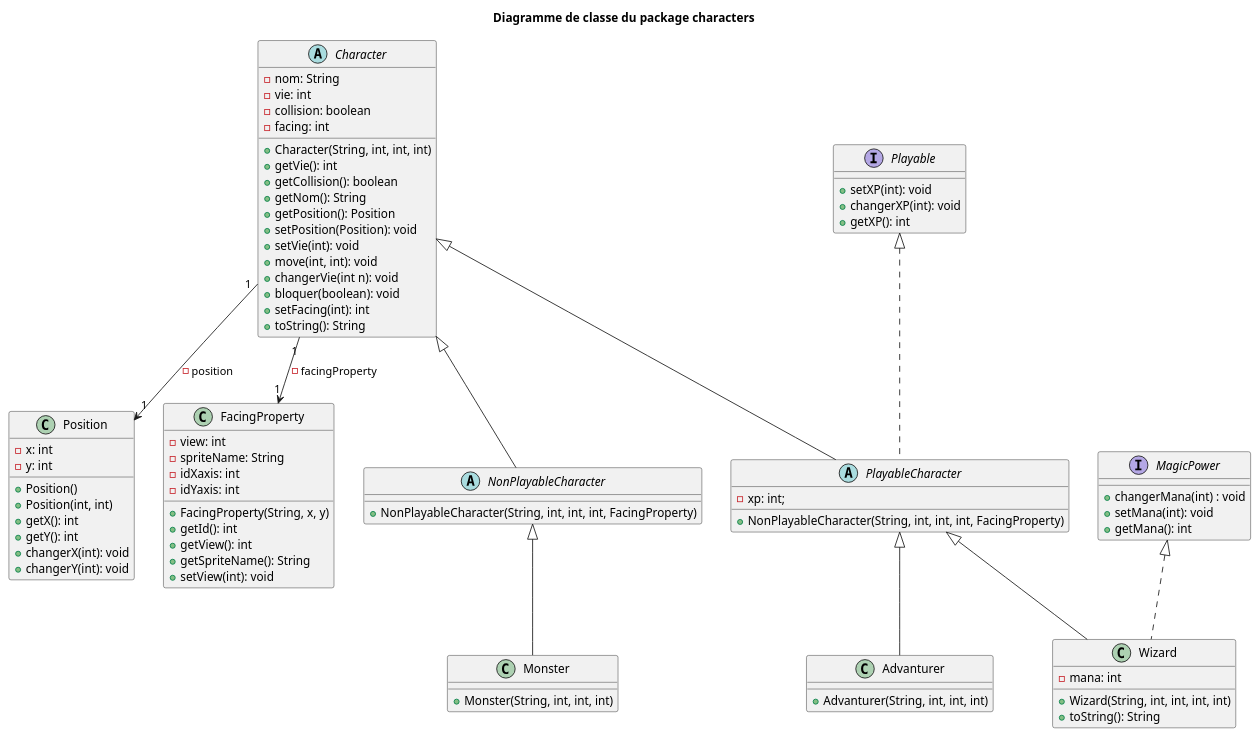
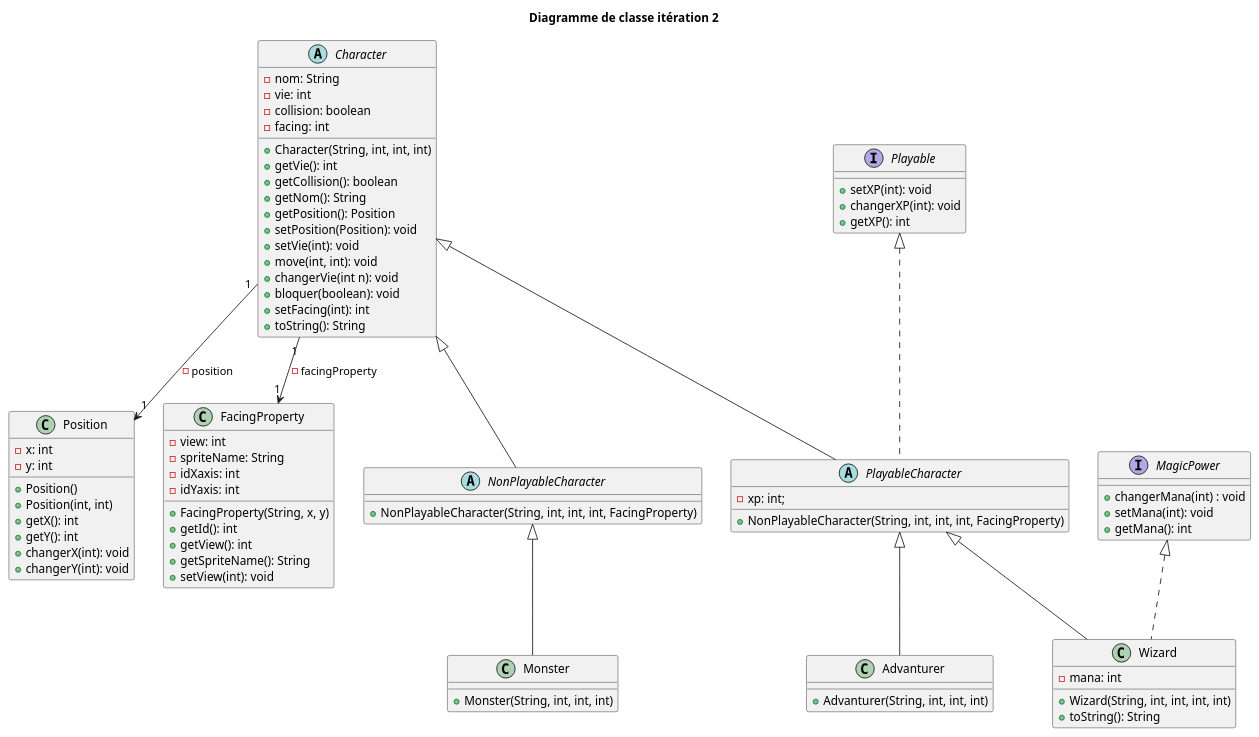
One commit to JeuFore/2020_COO_Zeldiablo_chastin3u_kieffe183u_chapell22u changed the diagram in documents/version_1/iteration_2/Diagrammes/diagClasse.wsd. Above: the diagram before and after it, drawn with PlantUML. The commit also changed 8 other files, not shown here.

Commit message:
Diagramme de classe final

```diff
--- a/documents/version_1/iteration_2/Diagrammes/diagClasse.wsd
+++ b/documents/version_1/iteration_2/Diagrammes/diagClasse.wsd
@@ -1,84 +1,84 @@
 @startuml
 
-title Diagramme de classe du package characters
+title Diagramme de classe itération 2
 
 Character "1" --> "1" Position : - position
 
 Character "1" --> "1" FacingProperty : - facingProperty
 
 abstract class Character {
     + Character(String, int, int, int)
     - nom: String
     - vie: int
     - collision: boolean
     - facing: int
     + getVie(): int
     + getCollision(): boolean
     + getNom(): String
     + getPosition(): Position
     + setPosition(Position): void
     + setVie(int): void 
     + move(int, int): void
     + changerVie(int n): void
     + bloquer(boolean): void
     + setFacing(int): int
     + toString(): String
 }
 
 interface Playable {
     + setXP(int): void
     + changerXP(int): void
     + getXP(): int
 }
 
 interface MagicPower {
     + changerMana(int) : void
     + setMana(int): void
     + getMana(): int
 }
 
 abstract class NonPlayableCharacter extends Character {
     + NonPlayableCharacter(String, int, int, int, FacingProperty)
 }
 abstract class PlayableCharacter extends Character implements Playable {
     - xp: int;
     + NonPlayableCharacter(String, int, int, int, FacingProperty)
 }
 
 class Advanturer extends PlayableCharacter {
     + Advanturer(String, int, int, int)
 }
 class Wizard extends PlayableCharacter implements MagicPower {
     - mana: int
     + Wizard(String, int, int, int, int)
     + toString(): String
 }
 
 class Monster extends NonPlayableCharacter {
     + Monster(String, int, int, int)
 }
 
 class Position {
     + Position()
     + Position(int, int)
     - x: int
     - y: int
     + getX(): int
     + getY(): int
     + changerX(int): void
     + changerY(int): void
 }
 
 class FacingProperty {
     - view: int
     - spriteName: String
     - idXaxis: int
     - idYaxis: int
     + FacingProperty(String, x, y)
     + getId(): int
     + getView(): int
     + getSpriteName(): String
     + setView(int): void
 }
 
 @enduml
```
